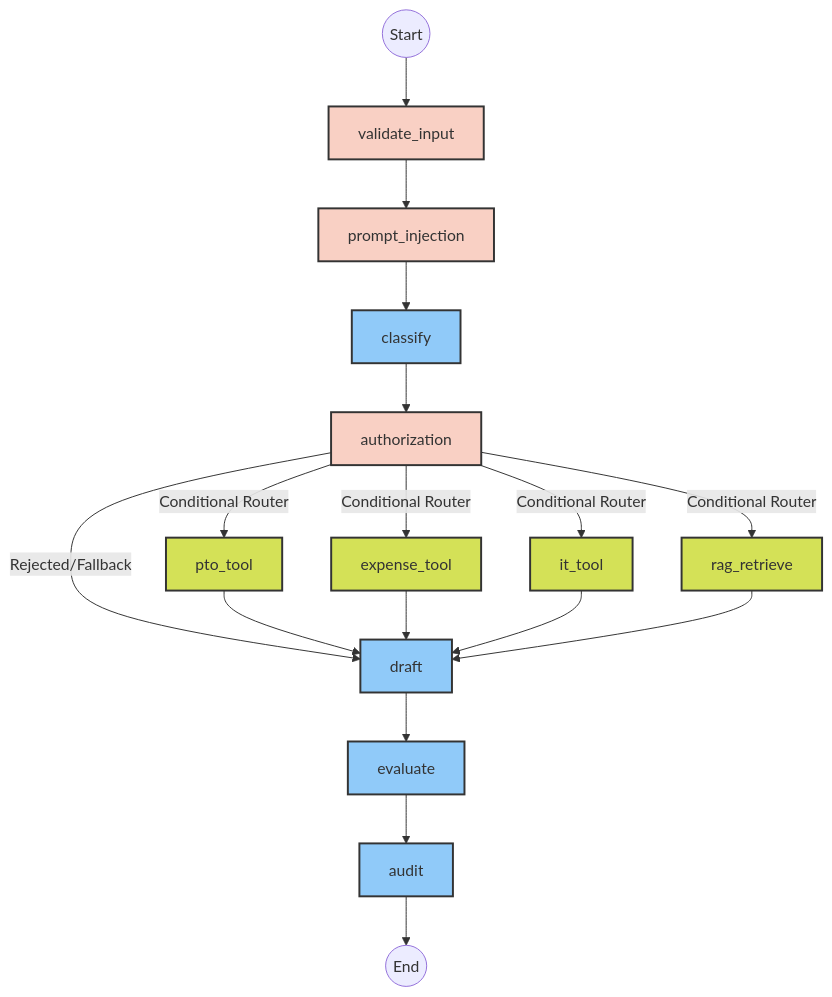
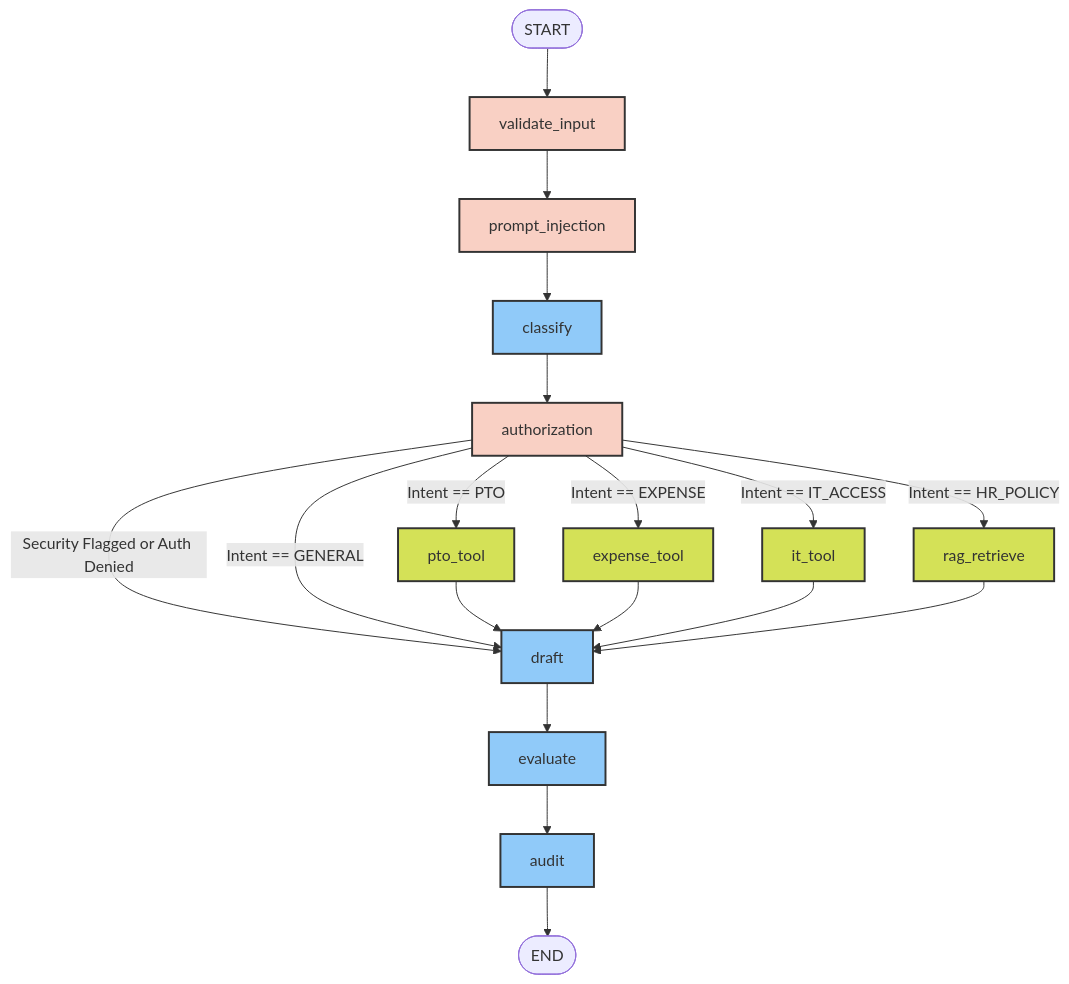
Before and after one commit to ashishghadigaonkar/Enterprise-hr-ai-agent: the second of 2 diagrams in README.md, drawn with Mermaid. The commit also changed other lines of this file and 2 other files, not shown here.

````diff
--- a/README.md
+++ b/README.md
@@ -36,30 +73,31 @@
 ```mermaid
 graph TD
-    START((Start)) --> validate_input
-    validate_input --> prompt_injection
-    prompt_injection --> classify
-    classify --> authorization
+    START([START]) --> validate_input[validate_input]
+    validate_input --> prompt_injection[prompt_injection]
+    prompt_injection --> classify[classify]
+    classify --> authorization[authorization]
     
-    authorization -->|Conditional Router| pto_tool
-    authorization -->|Conditional Router| expense_tool
-    authorization -->|Conditional Router| it_tool
-    authorization -->|Conditional Router| rag_retrieve
-    authorization -->|Rejected/Fallback| draft
+    authorization -->|Security Flagged or Auth Denied| draft[draft]
+    authorization -->|Intent == PTO| pto_tool[pto_tool]
+    authorization -->|Intent == EXPENSE| expense_tool[expense_tool]
+    authorization -->|Intent == IT_ACCESS| it_tool[it_tool]
+    authorization -->|Intent == HR_POLICY| rag_retrieve[rag_retrieve]
+    authorization -->|Intent == GENERAL| draft[draft]
     
     pto_tool --> draft
     expense_tool --> draft
     it_tool --> draft
     rag_retrieve --> draft
     
-    draft --> evaluate
-    evaluate --> audit
-    audit --> END((End))
+    draft --> evaluate[evaluate]
+    evaluate --> audit[audit]
+    audit --> END([END])
     
     classDef security fill:#f9d0c4,stroke:#333,stroke-width:2px;
     classDef tool fill:#d4e157,stroke:#333,stroke-width:2px;
     classDef core fill:#90caf9,stroke:#333,stroke-width:2px;
     
     class validate_input,prompt_injection,authorization security;
     class pto_tool,expense_tool,it_tool,rag_retrieve tool;
     class classify,draft,evaluate,audit core;
 ```
````
